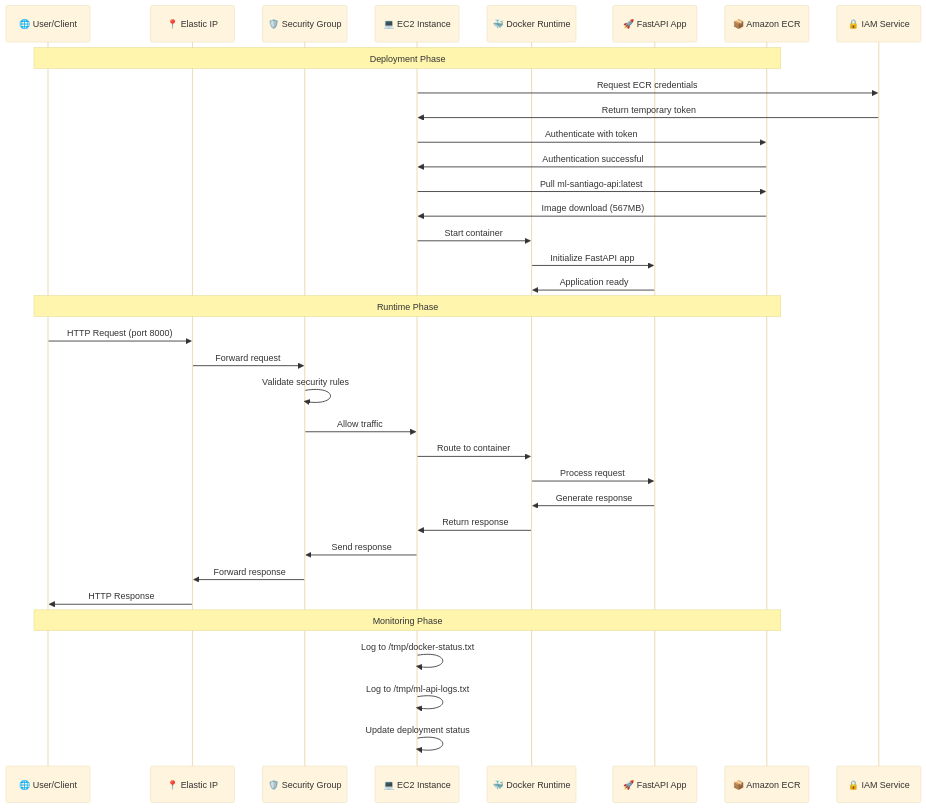
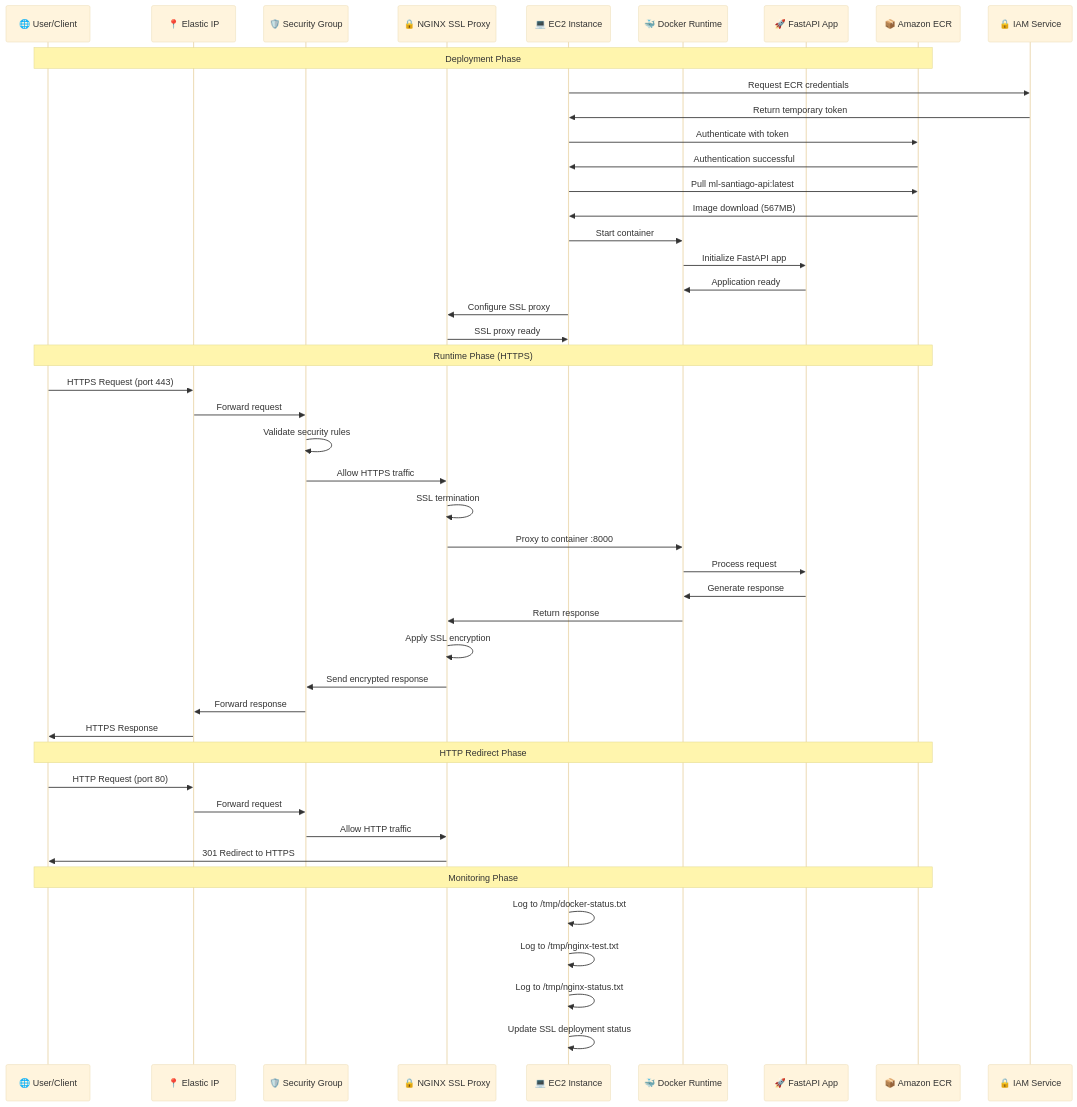
Before and after one commit to SantiagoEsquivelHub/PDI-ML_infrastructure: the second of 2 diagrams in ARQUITECTURA_MERMAID.md, drawn with Mermaid (base theme). The commit also changed other lines of this file, not shown here.

Commit message:
ARQUITECTURA_MERMAID.md

````diff
--- a/ARQUITECTURA_MERMAID.md
+++ b/ARQUITECTURA_MERMAID.md
@@ -74,40 +78,52 @@
 ```mermaid
 sequenceDiagram
     participant U as 🌐 User/Client
     participant EIP as 📍 Elastic IP
     participant SG as 🛡️ Security Group
+    participant NGINX as 🔒 NGINX SSL Proxy
     participant EC2 as 💻 EC2 Instance
     participant Docker as 🐳 Docker Runtime
     participant API as 🚀 FastAPI App
     participant ECR as 📦 Amazon ECR
     participant IAM as 🔒 IAM Service
     
     Note over U,ECR: Deployment Phase
     EC2->>IAM: Request ECR credentials
     IAM->>EC2: Return temporary token
     EC2->>ECR: Authenticate with token
     ECR->>EC2: Authentication successful
     EC2->>ECR: Pull ml-santiago-api:latest
     ECR->>EC2: Image download (567MB)
     EC2->>Docker: Start container
     Docker->>API: Initialize FastAPI app
     API->>Docker: Application ready
+    EC2->>NGINX: Configure SSL proxy
+    NGINX->>EC2: SSL proxy ready
     
-    Note over U,ECR: Runtime Phase
-    U->>EIP: HTTP Request (port 8000)
+    Note over U,ECR: Runtime Phase (HTTPS)
+    U->>EIP: HTTPS Request (port 443)
     EIP->>SG: Forward request
     SG->>SG: Validate security rules
-    SG->>EC2: Allow traffic
-    EC2->>Docker: Route to container
+    SG->>NGINX: Allow HTTPS traffic
+    NGINX->>NGINX: SSL termination
+    NGINX->>Docker: Proxy to container :8000
     Docker->>API: Process request
     API->>Docker: Generate response
-    Docker->>EC2: Return response
-    EC2->>SG: Send response
+    Docker->>NGINX: Return response
+    NGINX->>NGINX: Apply SSL encryption
+    NGINX->>SG: Send encrypted response
     SG->>EIP: Forward response
-    EIP->>U: HTTP Response
+    EIP->>U: HTTPS Response
+    
+    Note over U,ECR: HTTP Redirect Phase
+    U->>EIP: HTTP Request (port 80)
+    EIP->>SG: Forward request
+    SG->>NGINX: Allow HTTP traffic
+    NGINX->>U: 301 Redirect to HTTPS
     
     Note over U,ECR: Monitoring Phase
     EC2->>EC2: Log to /tmp/docker-status.txt
-    EC2->>EC2: Log to /tmp/ml-api-logs.txt
-    EC2->>EC2: Update deployment status
+    EC2->>EC2: Log to /tmp/nginx-test.txt
+    EC2->>EC2: Log to /tmp/nginx-status.txt
+    EC2->>EC2: Update SSL deployment status
 ```
````
